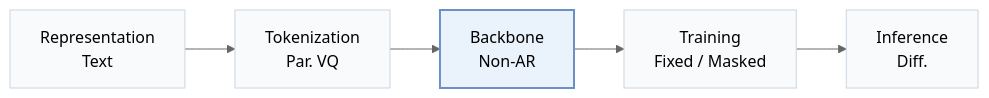
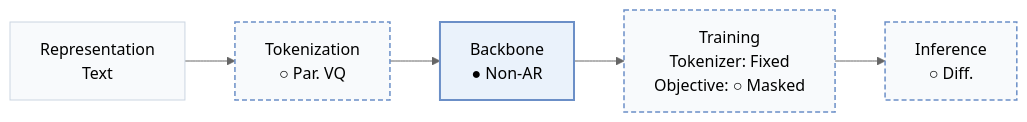
The first of 4 diagrams in pages/papers/llada-rec.md (Galaxy-ghost/Awesome-SID-Generative-Rec), drawn with Mermaid (neutral theme) before and after one commit. The commit also changed other lines of this file and 558 other files, not shown here.

````diff
--- a/pages/papers/llada-rec.md
+++ b/pages/papers/llada-rec.md
@@ -15,8 +18,10 @@
 ```mermaid
 flowchart LR
-    R["Representation<br/>Text"] --> T["Tokenization<br/>Par. VQ"] --> B["Backbone<br/>Non-AR"] --> TR["Training<br/>Fixed / Masked"] --> I["Inference<br/>Diff."]
+    R["Representation<br/>Text"] --> T["Tokenization<br/>○ Par. VQ"] --> B["Backbone<br/>● Non-AR"] --> TR["Training<br/>Tokenizer: Fixed<br/>Objective: ○ Masked"] --> I["Inference<br/>○ Diff."]
     classDef base fill:#f8fafc,stroke:#cbd5e1
     class R,T,B,TR,I base
+    classDef other fill:#f8fafc,stroke:#6b8fc7,stroke-width:1.5px,stroke-dasharray:5 3
+    class T,TR,I other
     classDef main fill:#eaf2fb,stroke:#6b8fc7,stroke-width:2px
     class B main
 ```
````
